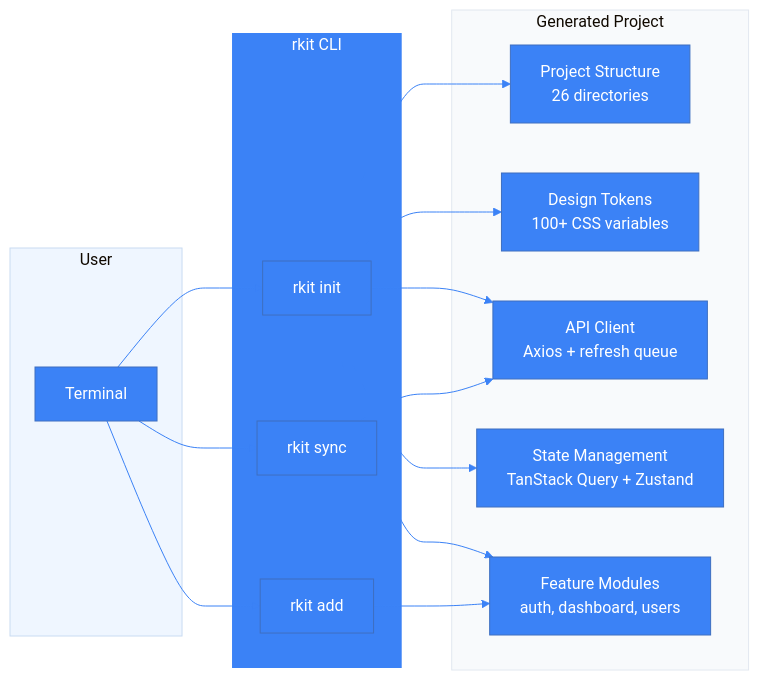
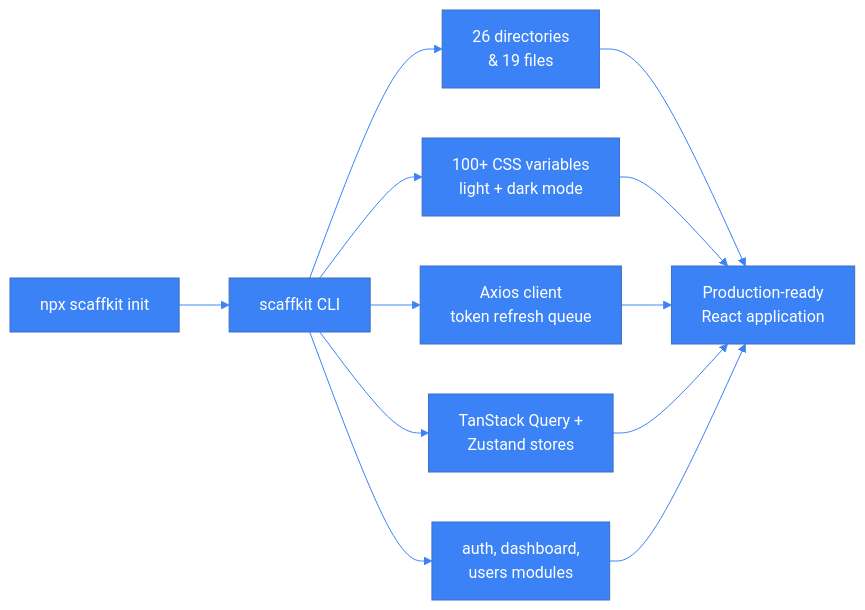
One commit to Saksham21s/scaffkit changed the first of 2 diagrams in README.md. Above: the diagram before and after it, drawn with Mermaid. The commit also changed other lines of this file and 10 other files, not shown here.

````diff
--- a/README.md
+++ b/README.md
@@ -34,35 +9,15 @@
 ```mermaid
-%%{init: {'theme': 'base', 'themeVariables': { 'primaryColor': '#3b82f6', 'primaryTextColor': '#ffffff', 'lineColor': '#3b82f6', 'tertiaryColor': '#eff6ff'}}}%%
+%%{init: {'theme': 'base', 'themeVariables': { 'primaryColor': '#3b82f6', 'primaryTextColor': '#ffffff', 'lineColor': '#3b82f6'}}}%%
 graph LR
-    subgraph User["User"]
-        A[Terminal]
-    end
-    
-    subgraph CLI["rkit CLI"]
-        B["rkit init"]
-        C["rkit add"]
-        D["rkit sync"]
-    end
-    
-    subgraph Output["Generated Project"]
-        E["Project Structure<br/>26 directories"]
-        F["Design Tokens<br/>100+ CSS variables"]
-        G["API Client<br/>Axios + refresh queue"]
-        H["State Management<br/>TanStack Query + Zustand"]
-        I["Feature Modules<br/>auth, dashboard, users"]
-    end
-    
-    A --> B
-    A --> C
-    A --> D
-    B --> E
-    B --> F
-    B --> G
-    B --> H
-    B --> I
-    C --> I
-    D --> G
-    
-    style CLI fill:#3b82f6,color:#ffffff,stroke:none
-    style Output fill:#f8fafc,stroke:#e2e8f0
+    Terminal["npx scaffkit init"] --> Generator["scaffkit CLI"]
+    Generator --> Structure["26 directories<br/>& 19 files"]
+    Generator --> Tokens["100+ CSS variables<br/>light + dark mode"]
+    Generator --> API["Axios client<br/>token refresh queue"]
+    Generator --> State["TanStack Query +<br/>Zustand stores"]
+    Generator --> Features["auth, dashboard,<br/>users modules"]
+    Structure --> App["Production-ready<br/>React application"]
+    Tokens --> App
+    API --> App
+    State --> App
+    Features --> App
 ```
````
